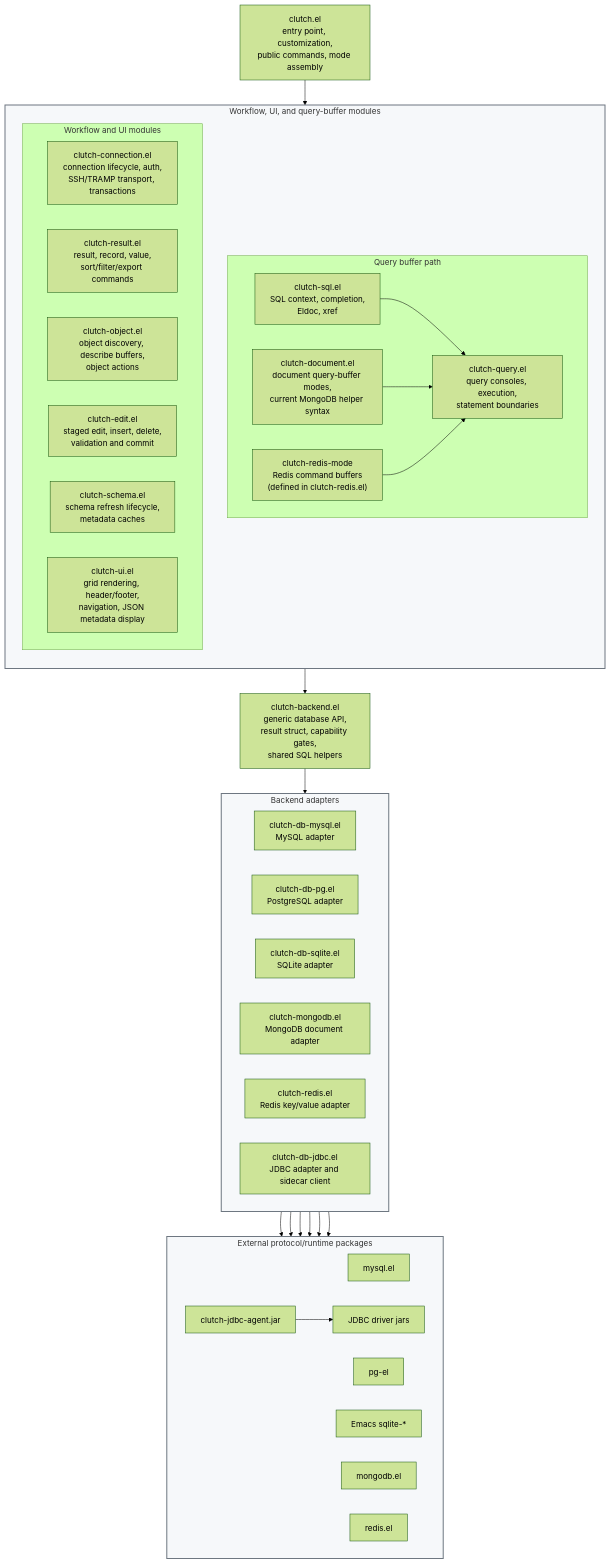
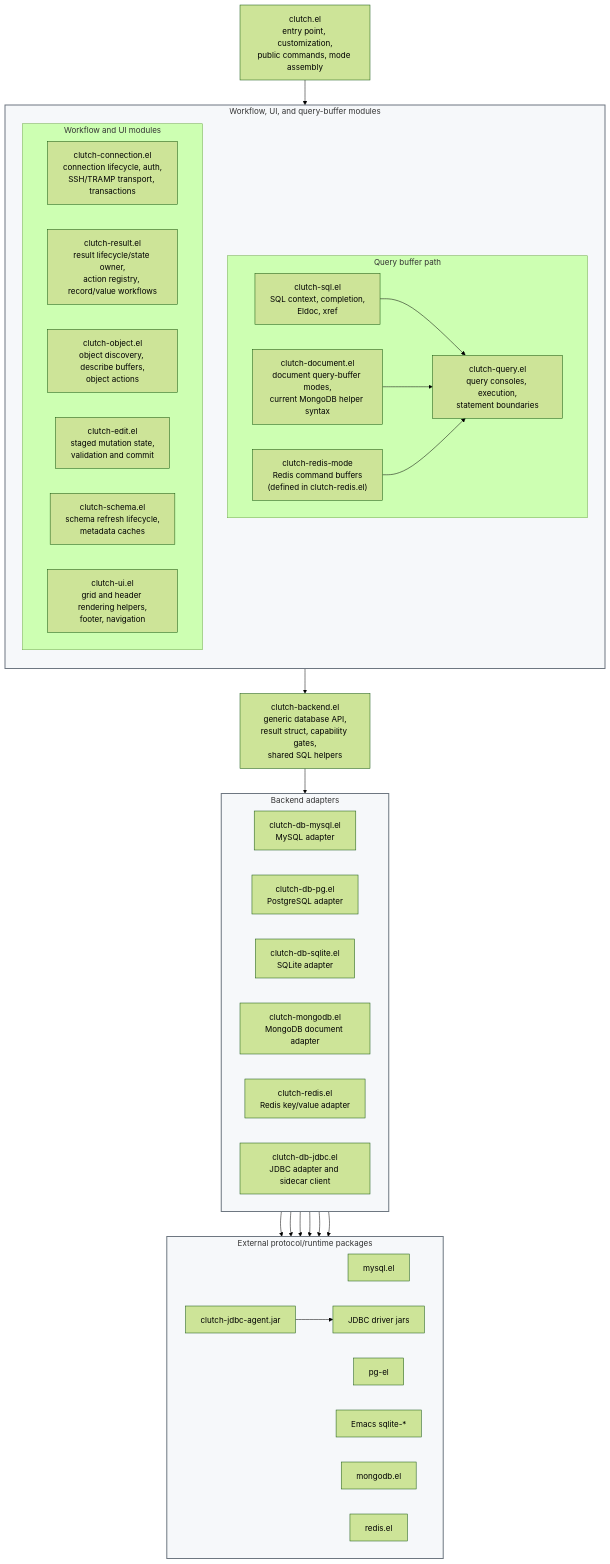
The first of 6 diagrams in docs/architecture.md (LuciusChen/clutch), drawn with Mermaid (forest theme) before and after one commit. The commit also changed other lines of this file and 10 other files, not shown here.

Commit message:
Refine result action ownership

````diff
--- a/docs/architecture.md
+++ b/docs/architecture.md
@@ -10,68 +10,68 @@
 ```mermaid
 flowchart TB
   Entry["clutch.el<br/>entry point, customization,<br/>public commands, mode assembly"]
 
   subgraph Workflow["Workflow, UI, and query-buffer modules"]
     direction TB
     subgraph QueryPath["Query buffer path"]
       direction LR
       SQL["clutch-sql.el<br/>SQL context, completion,<br/>Eldoc, xref"]
       Document["clutch-document.el<br/>document query-buffer modes,<br/>current MongoDB helper syntax"]
       RedisQuery["clutch-redis-mode<br/>Redis command buffers<br/>(defined in clutch-redis.el)"]
       Query["clutch-query.el<br/>query consoles, execution,<br/>statement boundaries"]
     end
 
     subgraph WorkflowModules["Workflow and UI modules"]
       direction LR
       Conn["clutch-connection.el<br/>connection lifecycle, auth,<br/>SSH/TRAMP transport, transactions"]
-      Result["clutch-result.el<br/>result, record, value,<br/>sort/filter/export commands"]
+      Result["clutch-result.el<br/>result lifecycle/state owner,<br/>action registry, record/value workflows"]
       Object["clutch-object.el<br/>object discovery, describe buffers,<br/>object actions"]
-      Edit["clutch-edit.el<br/>staged edit, insert, delete,<br/>validation and commit"]
+      Edit["clutch-edit.el<br/>staged mutation state,<br/>validation and commit"]
       Schema["clutch-schema.el<br/>schema refresh lifecycle,<br/>metadata caches"]
-      UI["clutch-ui.el<br/>grid rendering, header/footer,<br/>navigation, JSON metadata display"]
+      UI["clutch-ui.el<br/>grid and header rendering helpers,<br/>footer, navigation"]
     end
   end
 
   Facade["clutch-backend.el<br/>generic database API,<br/>result struct, capability gates,<br/>shared SQL helpers"]
 
   subgraph Adapters["Backend adapters"]
     direction LR
     MySQL["clutch-db-mysql.el<br/>MySQL adapter"]
     PG["clutch-db-pg.el<br/>PostgreSQL adapter"]
     SQLite["clutch-db-sqlite.el<br/>SQLite adapter"]
     Mongo["clutch-mongodb.el<br/>MongoDB document adapter"]
     Redis["clutch-redis.el<br/>Redis key/value adapter"]
     JDBC["clutch-db-jdbc.el<br/>JDBC adapter and sidecar client"]
   end
 
   subgraph External["External protocol/runtime packages"]
     direction LR
     MySQLExt["mysql.el"]
     PGExt["pg-el"]
     SQLiteExt["Emacs sqlite-*"]
     MongoExt["mongodb.el"]
     RedisExt["redis.el"]
     Agent["clutch-jdbc-agent.jar"]
     Drivers["JDBC driver jars"]
   end
 
   style Workflow fill:#f6f8fa,stroke:#6e7781,stroke-width:2px
   style Adapters fill:#f6f8fa,stroke:#6e7781,stroke-width:2px
   style External fill:#f6f8fa,stroke:#6e7781,stroke-width:2px
 
   Entry --> Workflow
   Workflow --> Facade
   Facade --> Adapters
 
   SQL --> Query
   Document --> Query
   RedisQuery --> Query
 
   MySQL --> MySQLExt
   PG --> PGExt
   SQLite --> SQLiteExt
   Mongo --> MongoExt
   Redis --> RedisExt
   JDBC --> Agent
   Agent --> Drivers
 ```
````
